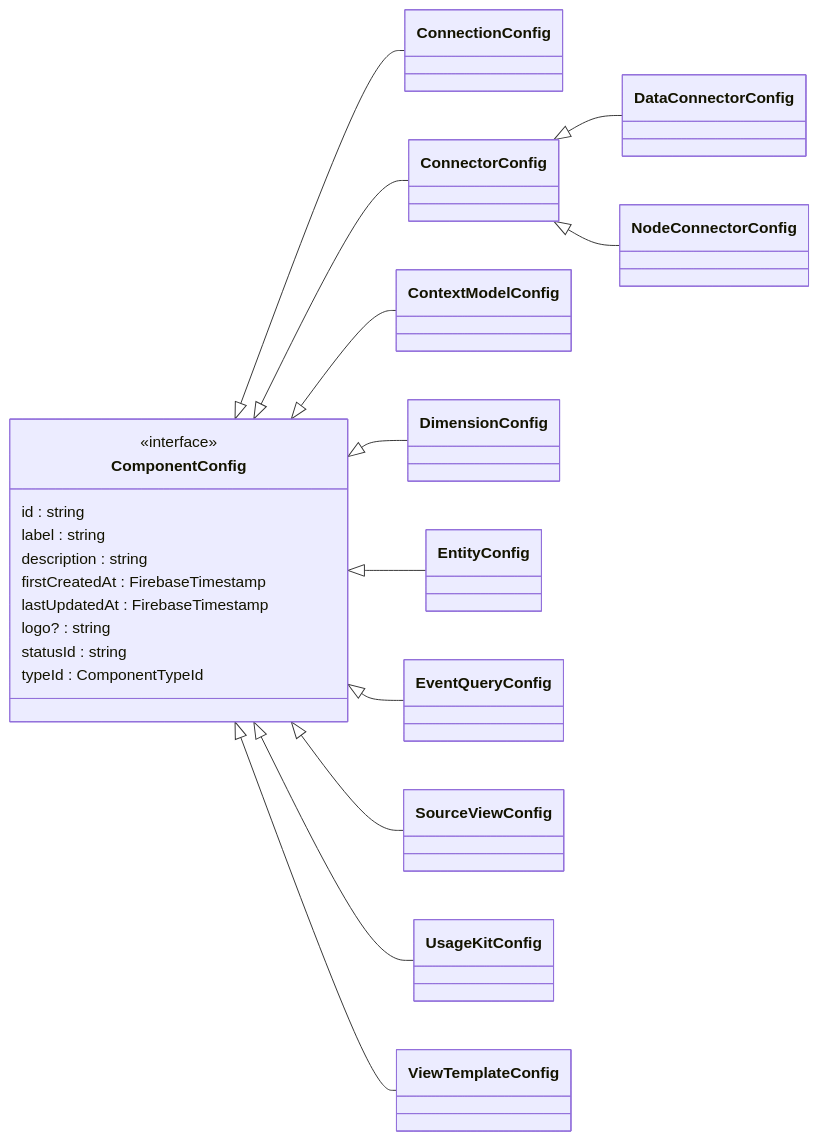
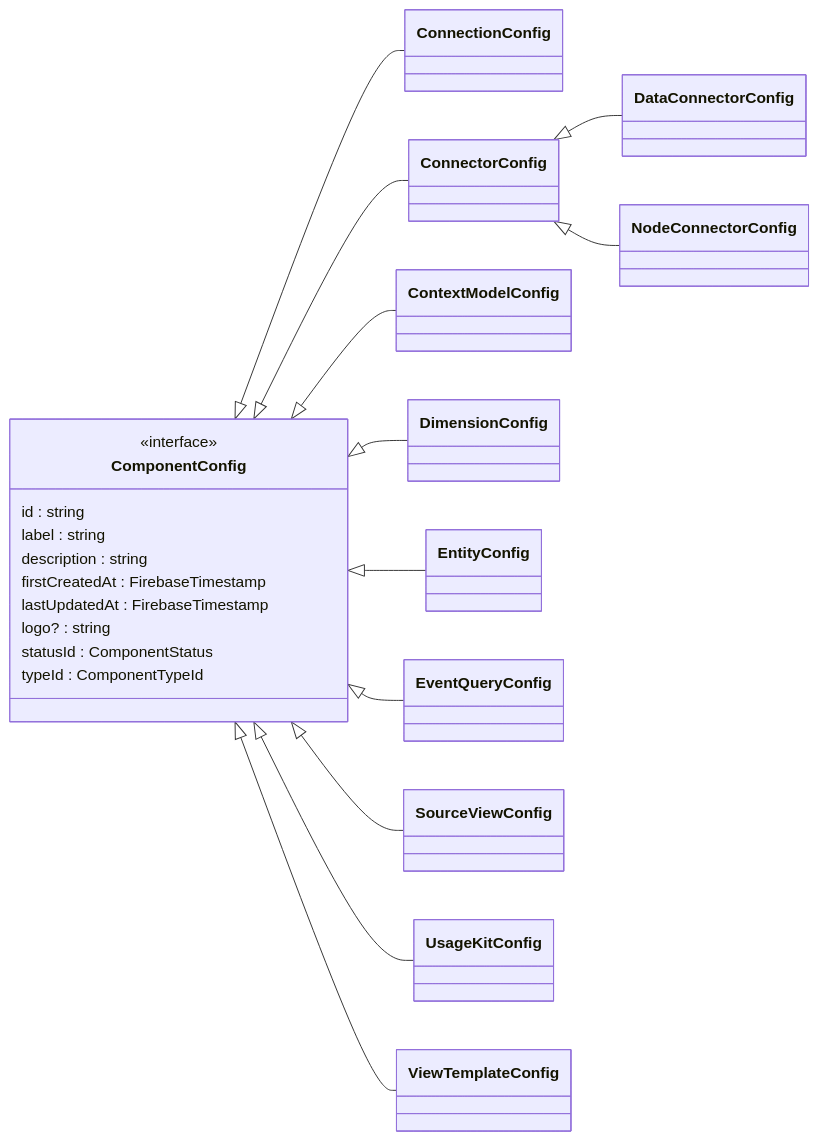
Before and after one commit to data-positioning/datapos-shared: the first of 14 diagrams in README.md, drawn with Mermaid. The commit also changed other lines of this file and 2 other files, not shown here.

````diff
--- a/README.md
+++ b/README.md
@@ -9,28 +9,28 @@
 ```mermaid
 classDiagram
     direction LR
 
     class ComponentConfig {
         <<interface>>
         id : string
         label : string
         description : string
         firstCreatedAt : FirebaseTimestamp
         lastUpdatedAt : FirebaseTimestamp
         logo? : string
-        statusId : string
+        statusId : ComponentStatus
         typeId : ComponentTypeId
     }
 
     ComponentConfig <|-- ConnectionConfig
     ComponentConfig <|-- ConnectorConfig
     ConnectorConfig <|-- DataConnectorConfig
     ConnectorConfig <|-- NodeConnectorConfig
     ComponentConfig <|-- ContextModelConfig
     ComponentConfig <|-- DimensionConfig
     ComponentConfig <|-- EntityConfig
     ComponentConfig <|-- EventQueryConfig
     ComponentConfig <|-- SourceViewConfig
     ComponentConfig <|-- UsageKitConfig
     ComponentConfig <|-- ViewTemplateConfig
 ```
````
